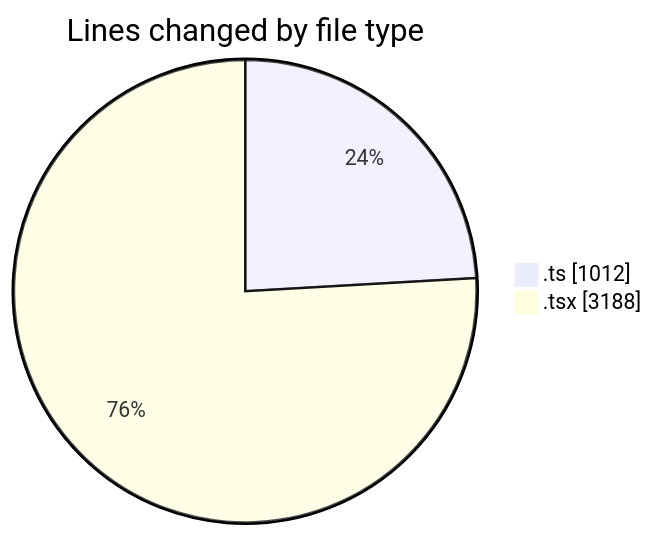
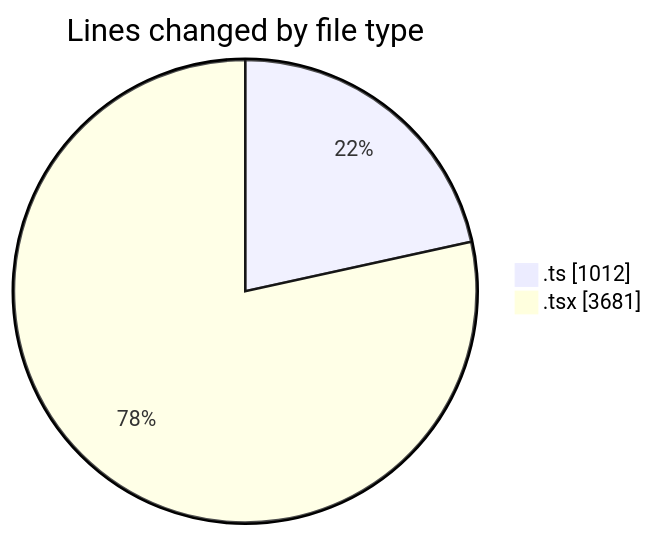
Before and after one commit to nxtqubesakshisongat/code-tracking: the first of 2 diagrams in 2026-05-04/nxtqube_webapp/README.md, drawn with Mermaid. The commit also changed other lines of this file and 1 other file, not shown here.

````diff
--- a/2026-05-04/nxtqube_webapp/README.md
+++ b/2026-05-04/nxtqube_webapp/README.md
@@ -25,6 +26,6 @@
 ```mermaid
 pie showData
 title Lines changed by file type
 ".ts" : 1012
-".tsx" : 3188
+".tsx" : 3681
 ```
````
